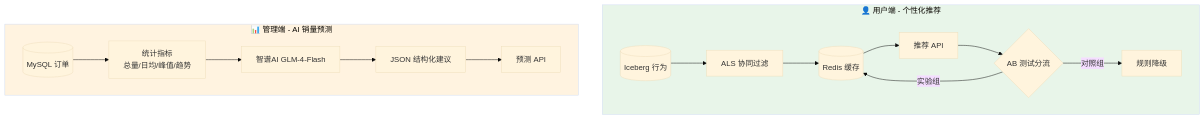
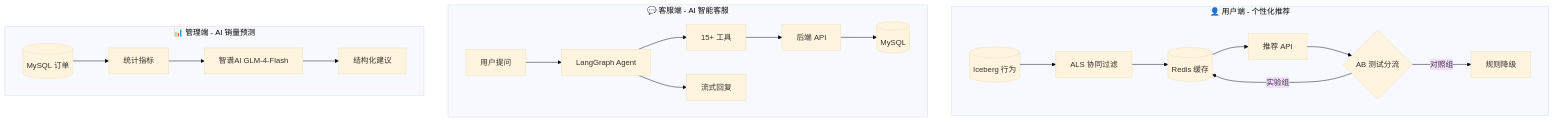
The third of 3 diagrams in README.md (sunkuizhi/LakeMart), drawn with Mermaid (base theme) before and after one commit. The commit also changed other lines of this file and 47 other files, not shown here.

Commit message:
feat: 新增 AI 智能客服模块 (lakemart-agent) - 基于 LangGraph 1.2 + DeepSeek 构建 AI Agent，支持 15+ 业务工具，前端新增 ChatWidget 组件，Docker 一键部署

````diff
--- a/README.md
+++ b/README.md
@@ -132,23 +206,28 @@
 ```mermaid
 flowchart TB
     subgraph 用户端["👤 用户端 - 个性化推荐"]
         direction LR
         B1[(Iceberg 行为)] --> ALS[ALS 协同过滤]
         ALS --> Redis[(Redis 缓存)]
         Redis --> API1[推荐 API]
         API1 --> AB{AB 测试分流}
         AB -->|实验组| Redis
         AB -->|对照组| Rule[规则降级]
     end
 
+    subgraph 客服端["💬 客服端 - AI 智能客服"]
+        direction LR
+        Q[用户提问] --> Agent[LangGraph Agent]
+        Agent --> Tools[15+ 工具]
+        Tools --> Server[后端 API]
+        Server --> DB[(MySQL)]
+        Agent --> Response[流式回复]
+    end
+
     subgraph 管理端["📊 管理端 - AI 销量预测"]
         direction LR
-        B2[(MySQL 订单)] --> Stat[统计指标<br/>总量/日均/峰值/趋势]
+        B2[(MySQL 订单)] --> Stat[统计指标]
         Stat --> Zhipu[智谱AI GLM-4-Flash]
-        Zhipu --> JSON[JSON 结构化建议]
-        JSON --> API2[预测 API]
+        Zhipu --> JSON[结构化建议]
     end
-
-    style 用户端 fill:#e8f5e9
-    style 管理端 fill:#fff3e0
 ```
````
